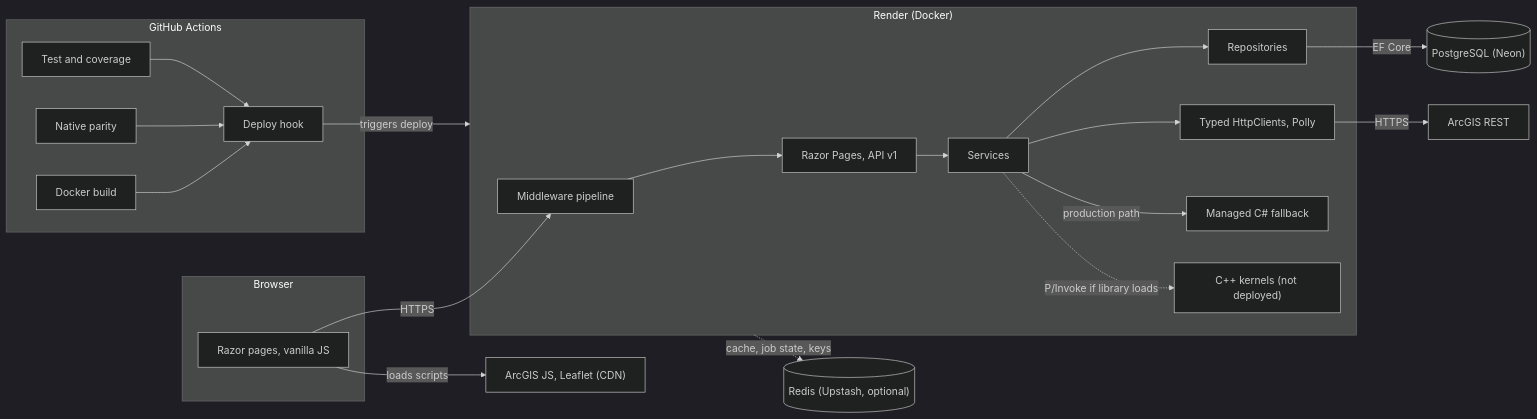
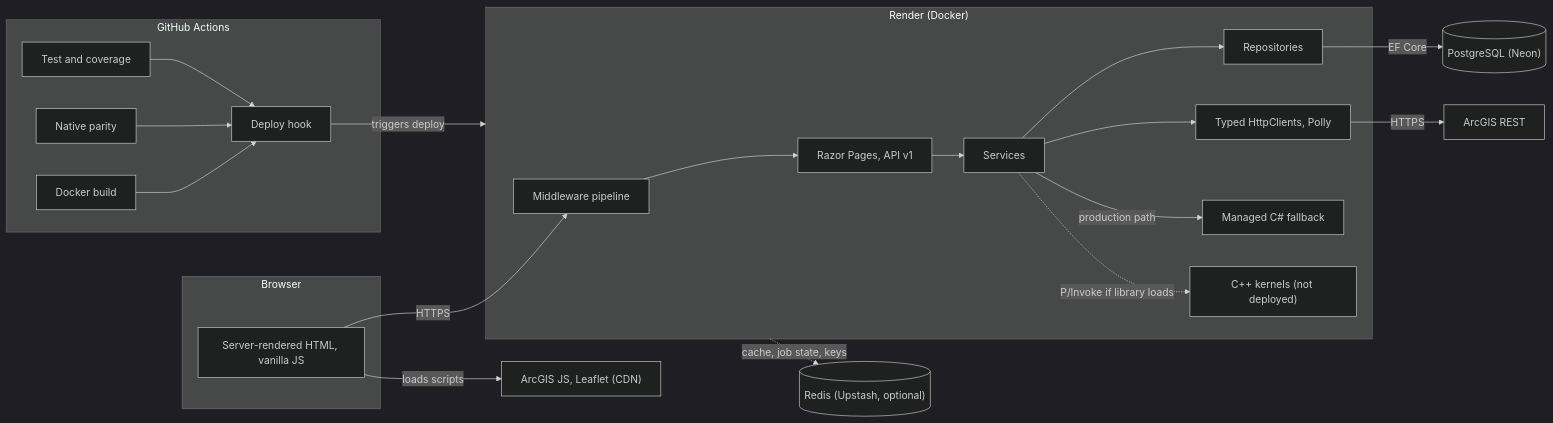
Before and after one commit to brianpcoffey/gis-portfolio: the diagram in README.md, drawn with Mermaid (dark theme). The commit also changed other lines of this file, not shown here.

First line of the commit message:
EN-07a: Apply review: Try-it first, shorter CI bullet, keep-warm window, diagram fixes

````diff
--- a/README.md
+++ b/README.md
@@ -58,44 +58,44 @@
 ```mermaid
 flowchart LR
     subgraph Client["Browser"]
-        UI["Razor pages, vanilla JS"]
+        UI["Server-rendered HTML, vanilla JS"]
     end
 
     CDN["ArcGIS JS, Leaflet (CDN)"]
 
     subgraph Render["Render (Docker)"]
         MW["Middleware pipeline"]
         WEB["Razor Pages, API v1"]
         SVC["Services"]
         REPO["Repositories"]
         HTTP["Typed HttpClients, Polly"]
         MGD["Managed C# fallback"]
         NAT["C++ kernels (not deployed)"]
         MW --> WEB --> SVC
         SVC --> REPO
         SVC --> HTTP
         SVC -->|"production path"| MGD
         SVC -.->|"P/Invoke if library loads"| NAT
     end
 
     PG[("PostgreSQL (Neon)")]
     REDIS[("Redis (Upstash, optional)")]
     ARC["ArcGIS REST"]
 
     UI -->|"HTTPS"| MW
     UI -->|"loads scripts"| CDN
     REPO -->|"EF Core"| PG
     HTTP -->|"HTTPS"| ARC
     Render -.->|"cache, job state, keys"| REDIS
 
     subgraph GH["GitHub Actions"]
         T["Test and coverage"]
         P["Native parity"]
         D["Docker build"]
         H["Deploy hook"]
         T --> H
         P --> H
         D --> H
     end
     H -->|"triggers deploy"| Render
 ```
````
